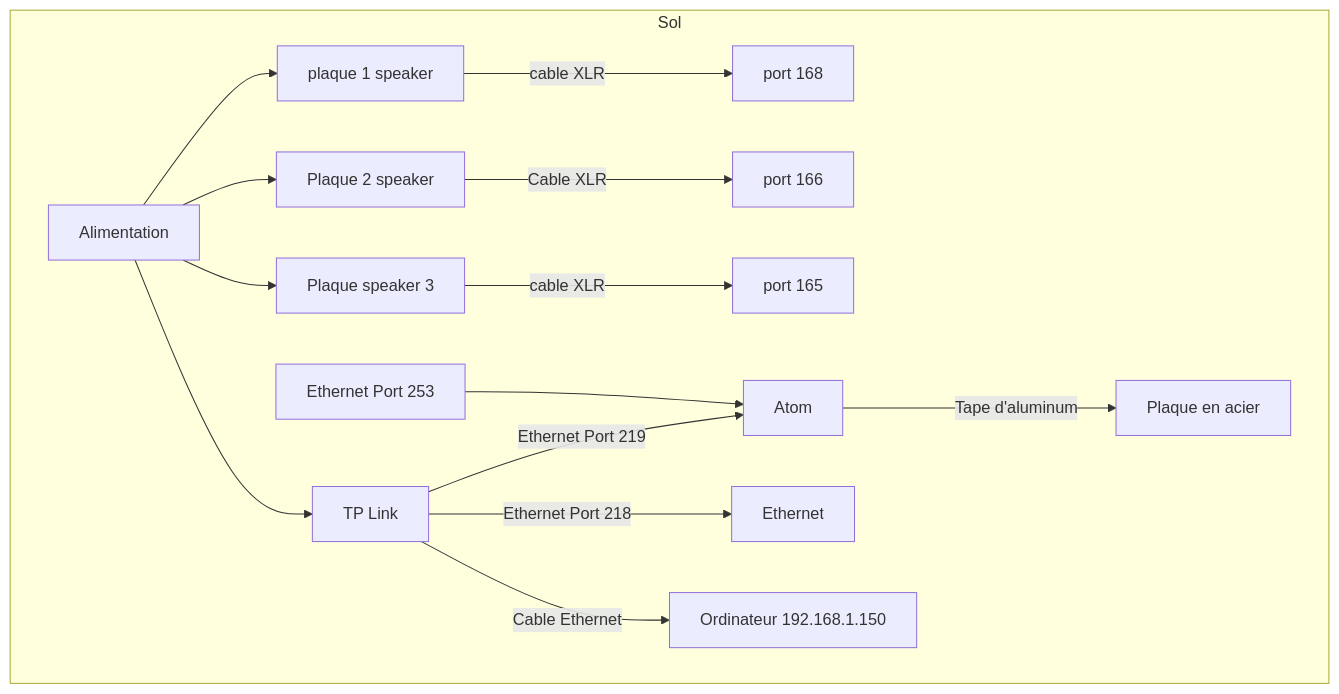
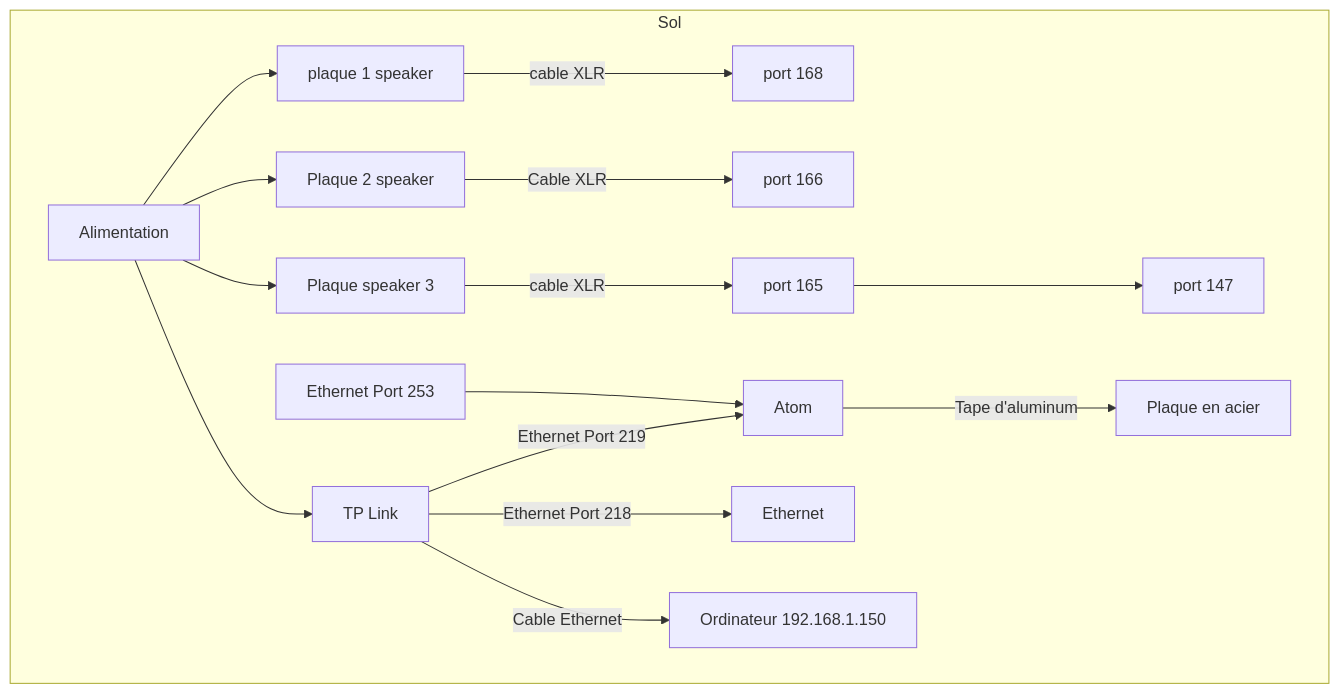
The fourth of 4 diagrams in 40_maquette/README.md (Miaou-Mafia/projet-luminatura), drawn with Mermaid before and after one commit.

````diff
--- a/40_maquette/README.md
+++ b/40_maquette/README.md
@@ -196,17 +196,17 @@
 ```mermaid
 flowchart TD
     subgraph Sol
         N[Alimentation] --> O
         O[ plaque 1 speaker] -->| cable XLR | P[port 168]
         N --> R[Plaque 2 speaker]
-        R -->| Cable XLR | S[port 166]
+        R -->| Cable XLR | S[port 166] 
         N --> T
-        T[Plaque speaker 3] -->| cable XLR | U[ port 165]
+        T[Plaque speaker 3] -->| cable XLR | U[ port 165] --> G[ port 147]
         N --> V
         V[TP Link] --> | Ethernet Port 219 | Atom
         Atom --> | Tape d'aluminum | X[Plaque en acier]
         Y[ Ethernet Port 253] --> Atom
         V --> | Ethernet Port 218 | Ethernet
         V --> | Cable Ethernet | W[Ordinateur 192.168.1.150]
     end
 ```
````
